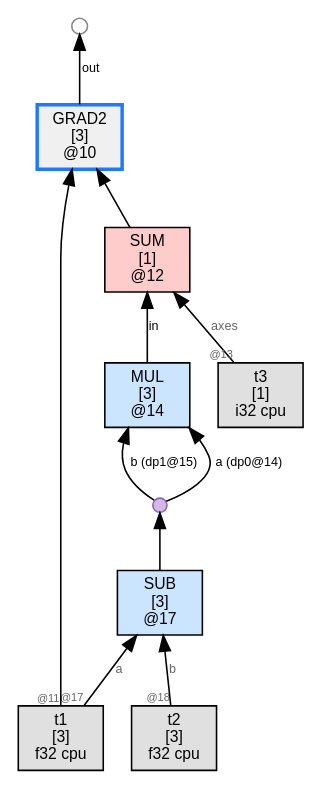
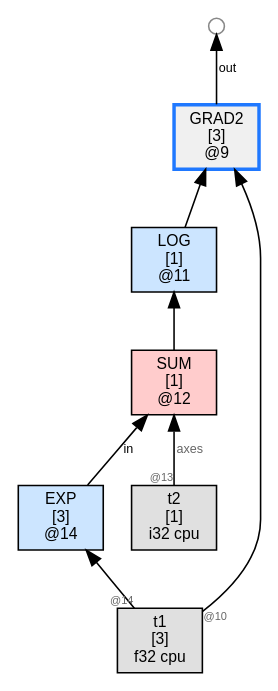
Before and after one commit to sw1sh/TinyHVM: the diagram in wl/examples/thvm_graphs/grad_rules/gradu_poly/thvm_0_pre_reduce.dot, drawn with Graphviz. The commit also changed 4 other files, not shown here.

First line of the commit message:
grad: add e2e softmax numerical (d log(sum(exp(x)))/dx = softmax(x))

```diff
--- a/wl/examples/thvm_graphs/grad_rules/gradu_poly/thvm_0_pre_reduce.dot
+++ b/wl/examples/thvm_graphs/grad_rules/gradu_poly/thvm_0_pre_reduce.dot
@@ -1,25 +1,20 @@
 digraph G {
   rankdir=BT;
   node [fontname="Helvetica", fontsize=10, style=filled, shape=box, margin="0.1,0.05"];
   edge [fontsize=8, fontname="Helvetica"];
 
+  n11 [label="LOG\n[1]\n@11", shape=box, fillcolor="#cce5ff"];
+  n12 -> n11 [label=""];
   n12 [label="SUM\n[1]\n@12", shape=box, fillcolor="#ffcccc"];
   n14 -> n12 [label="in"];
-  t3 [label="t3\n[1]\ni32 cpu",shape=box,fillcolor="#e0e0e0"];
-  t3 -> n12 [label="axes",taillabel="@13",labelfontsize=7,fontcolor="#666666"];
-  n14 [label="MUL\n[3]\n@14", shape=box, fillcolor="#cce5ff"];
-  dup16 [label="", shape=circle, width=0.12, height=0.12, fixedsize=true, fillcolor="#d4b8e8", color="#8a63b7", fontsize=1];
-  n17 -> dup16;
-  dup16 -> n14 [label="a (dp0@14)"];
-  dup16 -> n14 [label="b (dp1@15)"];
-  n17 [label="SUB\n[3]\n@17", shape=box, fillcolor="#cce5ff"];
+  t2 [label="t2\n[1]\ni32 cpu",shape=box,fillcolor="#e0e0e0"];
+  t2 -> n12 [label="axes",taillabel="@13",labelfontsize=7,fontcolor="#666666"];
+  n14 [label="EXP\n[3]\n@14", shape=box, fillcolor="#cce5ff"];
   t1 [label="t1\n[3]\nf32 cpu",shape=box,fillcolor="#e0e0e0"];
-  t1 -> n17 [label="a",taillabel="@17",labelfontsize=7,fontcolor="#666666"];
-  t2 [label="t2\n[3]\nf32 cpu",shape=box,fillcolor="#e0e0e0"];
-  t2 -> n17 [label="b",taillabel="@18",labelfontsize=7,fontcolor="#666666"];
-  n10 [label="GRAD2\n[3]\n@10", shape=box, fillcolor="#f0f0f0",color="#1f78ff",penwidth=2.2];
-  n12 -> n10 [label=""];
-  t1 -> n10 [label="",taillabel="@11",labelfontsize=7,fontcolor="#666666"];
-  free10_1000 [label="",shape=circle,width=0.14,height=0.14,fixedsize=true,fillcolor="#ffffff",color="#888888",fontsize=1];
-  n10 -> free10_1000 [label="out"];
+  t1 -> n14 [label="",taillabel="@14",labelfontsize=7,fontcolor="#666666"];
+  n9 [label="GRAD2\n[3]\n@9", shape=box, fillcolor="#f0f0f0",color="#1f78ff",penwidth=2.2];
+  n11 -> n9 [label=""];
+  t1 -> n9 [label="",taillabel="@10",labelfontsize=7,fontcolor="#666666"];
+  free9_1000 [label="",shape=circle,width=0.14,height=0.14,fixedsize=true,fillcolor="#ffffff",color="#888888",fontsize=1];
+  n9 -> free9_1000 [label="out"];
 }
```
